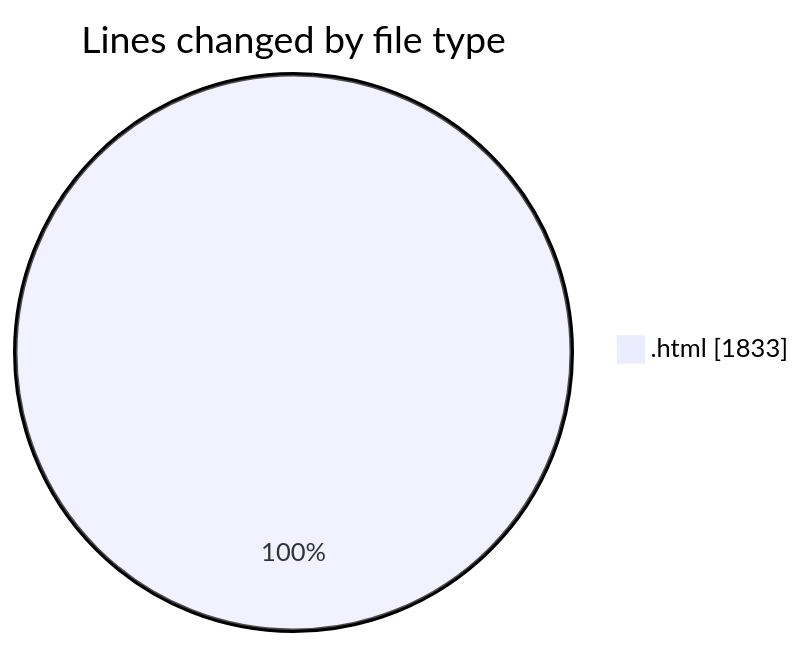
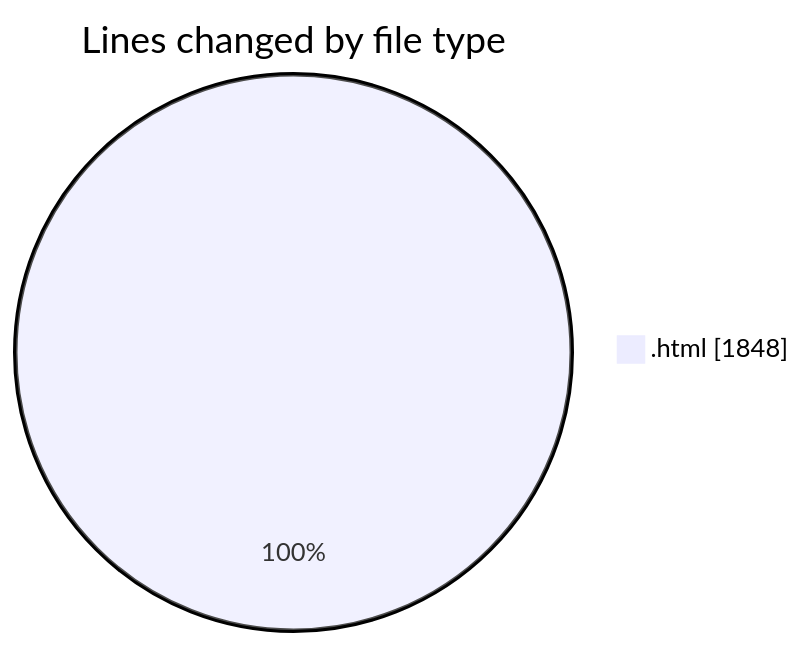
The first of 2 diagrams in 2025-01-28/0starter_files/README.md (Ritupan-Deka/code-tracking), drawn with Mermaid before and after one commit. The commit also changed other lines of this file and 1 other file, not shown here.

````diff
--- a/2025-01-28/0starter_files/README.md
+++ b/2025-01-28/0starter_files/README.md
@@ -20,5 +20,5 @@
 ```mermaid
 pie showData
 title Lines changed by file type
-".html" : 1833
+".html" : 1848
 ```
````
